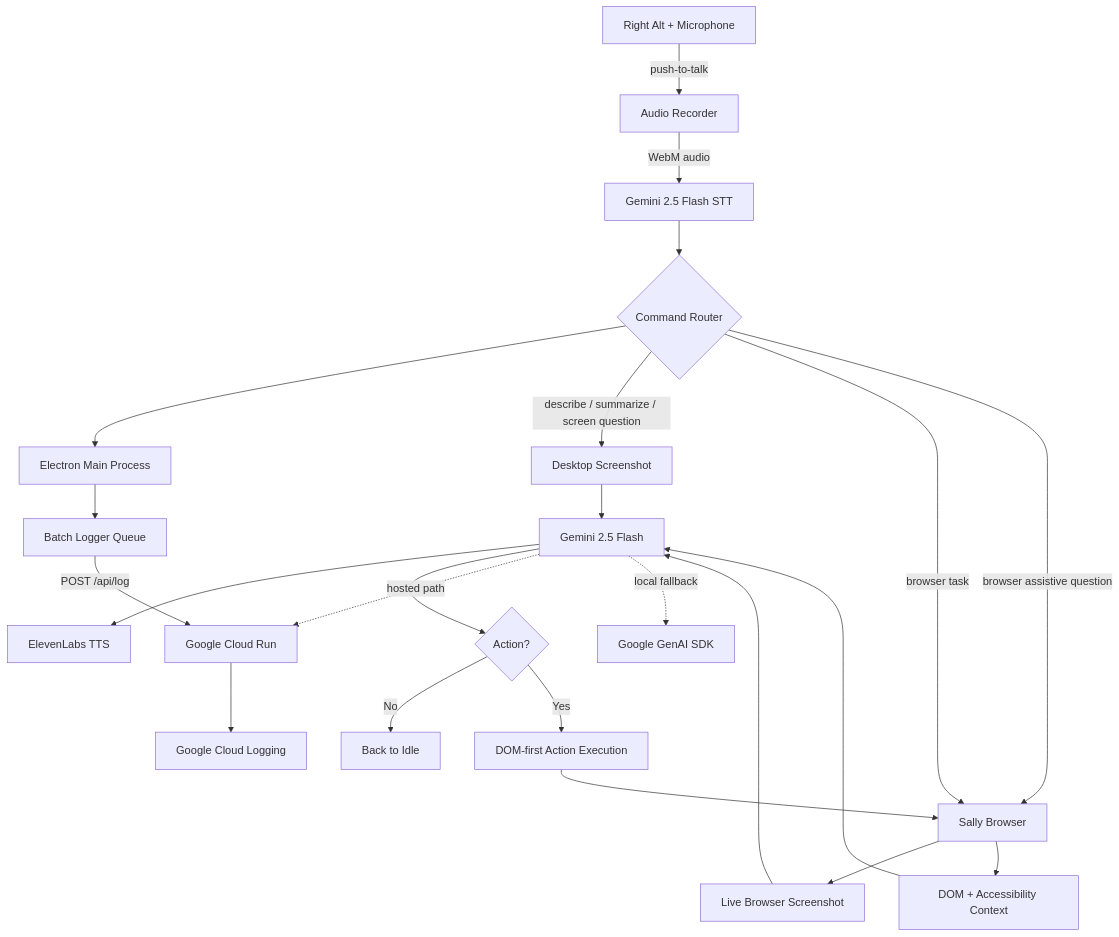
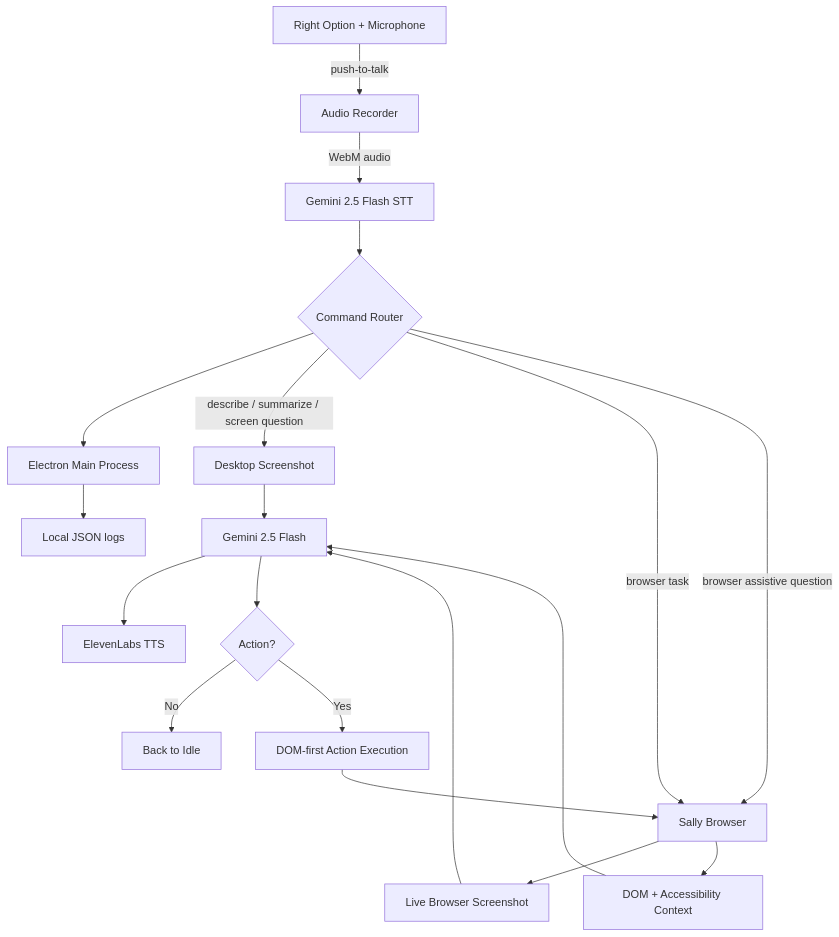
The first of 8 diagrams in docs/architecture.md (Manoj7ar/Sally), drawn with Mermaid before and after one commit. The commit also changed other lines of this file and 2 other files, not shown here.

Commit message:
docs: architecture macOS section, desktop-doctor, permission tests

````diff
--- a/docs/architecture.md
+++ b/docs/architecture.md
@@ -143,30 +145,26 @@
 ```mermaid
 graph TD
-    A[Right Alt + Microphone] -->|push-to-talk| B[Audio Recorder]
+    A[Right Option + Microphone] -->|push-to-talk| B[Audio Recorder]
     B -->|WebM audio| C[Gemini 2.5 Flash STT]
     C --> D{Command Router}
     D --> MAIN[Electron Main Process]
 
     D -->|describe / summarize / screen question| E[Desktop Screenshot]
     D -->|browser task| SB[Sally Browser]
     D -->|browser assistive question| SB
 
     SB --> SHOT[Live Browser Screenshot]
     SB --> CTX[DOM + Accessibility Context]
 
     E --> GEMINI[Gemini 2.5 Flash]
     SHOT --> GEMINI
     CTX --> GEMINI
 
     GEMINI --> TTS[ElevenLabs TTS]
     GEMINI --> CHECK{Action?}
     CHECK -->|No| IDLE[Back to Idle]
     CHECK -->|Yes| EXEC[DOM-first Action Execution]
     EXEC --> SB
 
-    MAIN --> LOGQ[Batch Logger Queue]
-    LOGQ -->|POST /api/log| CR
-    GEMINI -.->|hosted path| CR[Google Cloud Run]
-    GEMINI -.->|local fallback| LOCALSDK[Google GenAI SDK]
-    CR --> GCL[Google Cloud Logging]
+    MAIN --> LOG[Local JSON logs]
 ```
````
